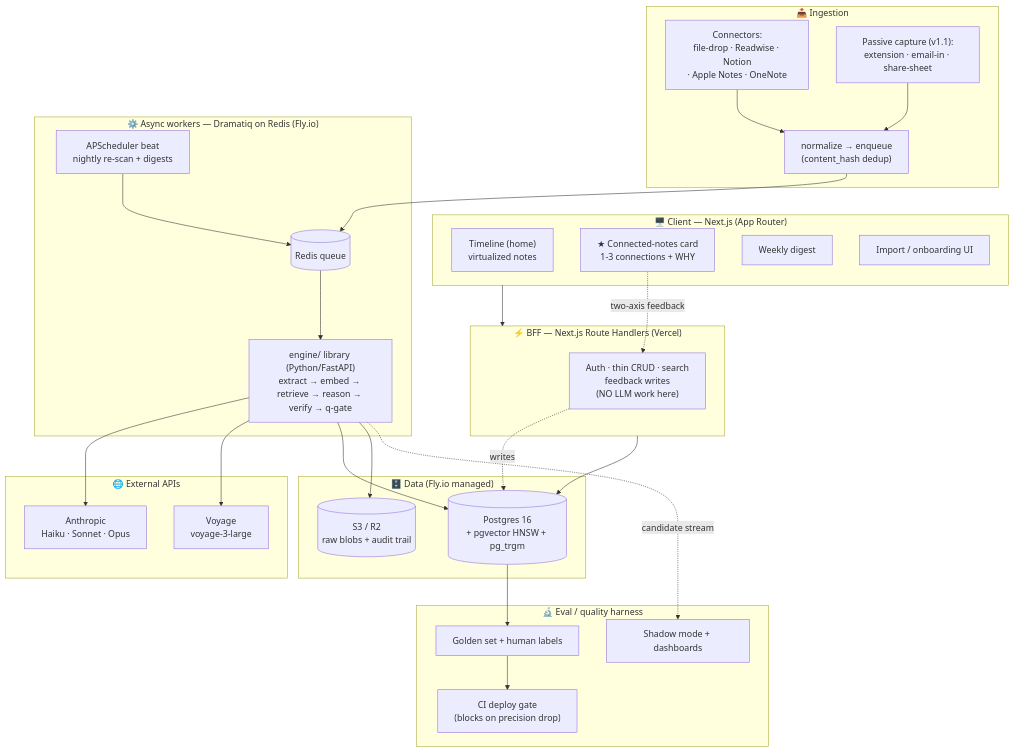
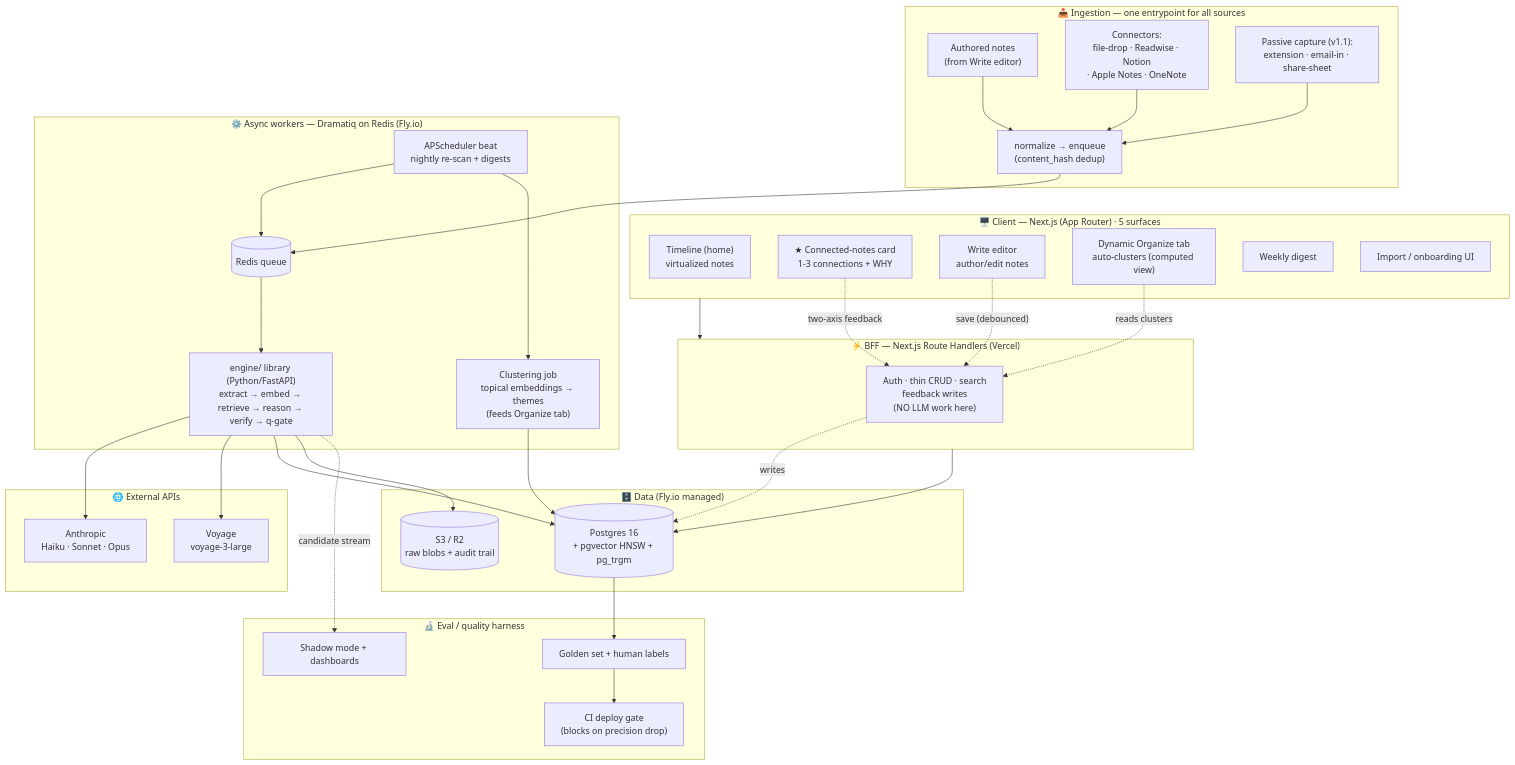
The first of 4 diagrams in docs/ARCHITECTURE_DIAGRAM.md (Maqsoodhuman/filament), drawn with Mermaid before and after one commit. The commit also changed 5 other files, not shown here.

First line of the commit message:
Promote authored notes + dynamic Organize tab to v1

````diff
--- a/docs/ARCHITECTURE_DIAGRAM.md
+++ b/docs/ARCHITECTURE_DIAGRAM.md
@@ -7,57 +7,66 @@
 ```mermaid
 flowchart TB
-    subgraph Client["🖥️ Client — Next.js (App Router)"]
+    subgraph Client["🖥️ Client — Next.js (App Router) · 5 surfaces"]
         TL["Timeline (home)<br/>virtualized notes"]
         CC["★ Connected-notes card<br/>1-3 connections + WHY"]
+        WR["Write editor<br/>author/edit notes"]
+        OR["Dynamic Organize tab<br/>auto-clusters (computed view)"]
         DG["Weekly digest"]
         IMP["Import / onboarding UI"]
     end
 
     subgraph Edge["⚡ BFF — Next.js Route Handlers (Vercel)"]
         API["Auth · thin CRUD · search<br/>feedback writes<br/>(NO LLM work here)"]
     end
 
-    subgraph Ingest["📥 Ingestion"]
+    subgraph Ingest["📥 Ingestion — one entrypoint for all sources"]
+        AUTH["Authored notes<br/>(from Write editor)"]
         CONN["Connectors:<br/>file-drop · Readwise · Notion<br/>· Apple Notes · OneNote"]
         PASS["Passive capture (v1.1):<br/>extension · email-in · share-sheet"]
         NORM["normalize → enqueue<br/>(content_hash dedup)"]
     end
 
     subgraph Async["⚙️ Async workers — Dramatiq on Redis (Fly.io)"]
         Q[("Redis queue")]
         ENGINE["engine/ library (Python/FastAPI)<br/>extract → embed → retrieve → reason → verify → q-gate"]
+        CLUST["Clustering job<br/>topical embeddings → themes<br/>(feeds Organize tab)"]
         SCHED["APScheduler beat<br/>nightly re-scan + digests"]
     end
 
     subgraph Data["🗄️ Data (Fly.io managed)"]
         PG[("Postgres 16<br/>+ pgvector HNSW + pg_trgm")]
         S3[("S3 / R2<br/>raw blobs + audit trail")]
     end
 
     subgraph Ext["🌐 External APIs"]
         ANTH["Anthropic<br/>Haiku · Sonnet · Opus"]
         VOY["Voyage<br/>voyage-3-large"]
     end
 
     subgraph Eval["🔬 Eval / quality harness"]
         GOLD["Golden set + human labels"]
         CI["CI deploy gate<br/>(blocks on precision drop)"]
         SHADOW["Shadow mode + dashboards"]
     end
 
     Client --> Edge
+    WR -. "save (debounced)" .-> API
+    AUTH --> NORM
     CONN --> NORM
     PASS --> NORM
     NORM --> Q
     Edge --> PG
     Q --> ENGINE
     SCHED --> Q
+    SCHED --> CLUST
     ENGINE --> ANTH
     ENGINE --> VOY
     ENGINE --> PG
     ENGINE --> S3
+    CLUST --> PG
+    OR -. reads clusters .-> API
     CC -. "two-axis feedback" .-> API
     API -. writes .-> PG
     PG --> GOLD --> CI
     ENGINE -. candidate stream .-> SHADOW
 ```
````
